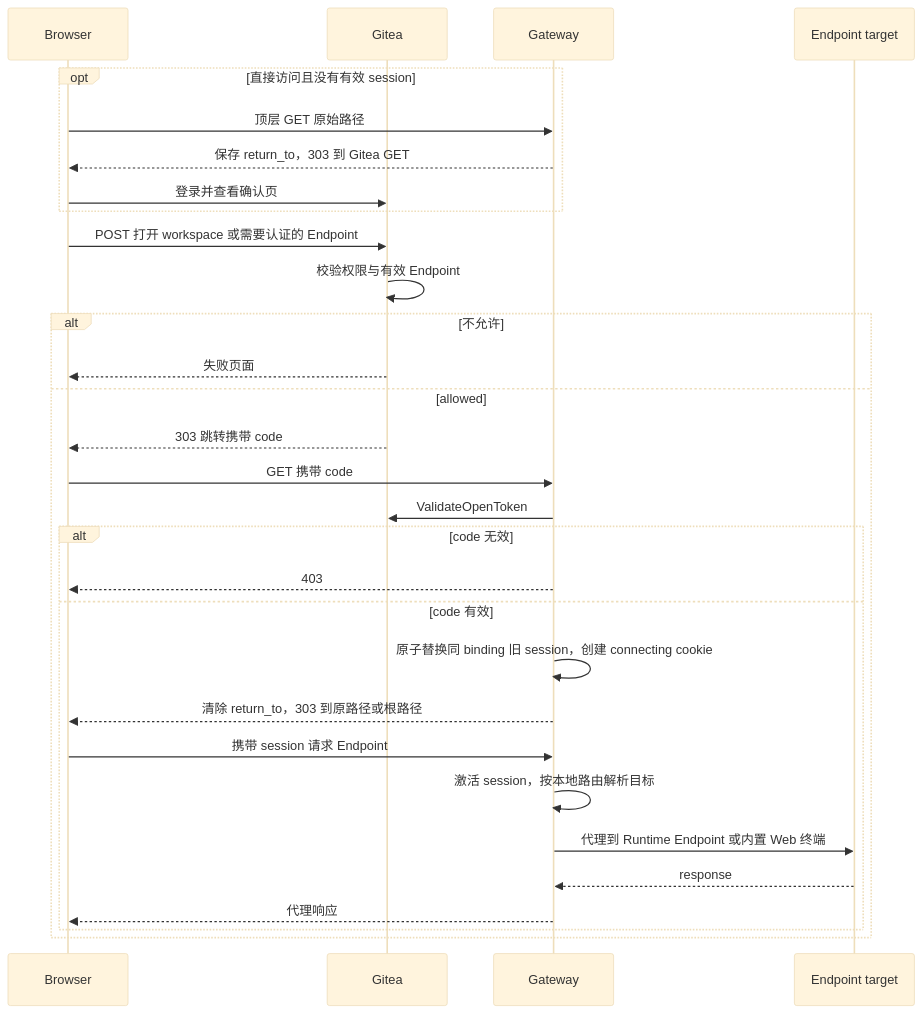
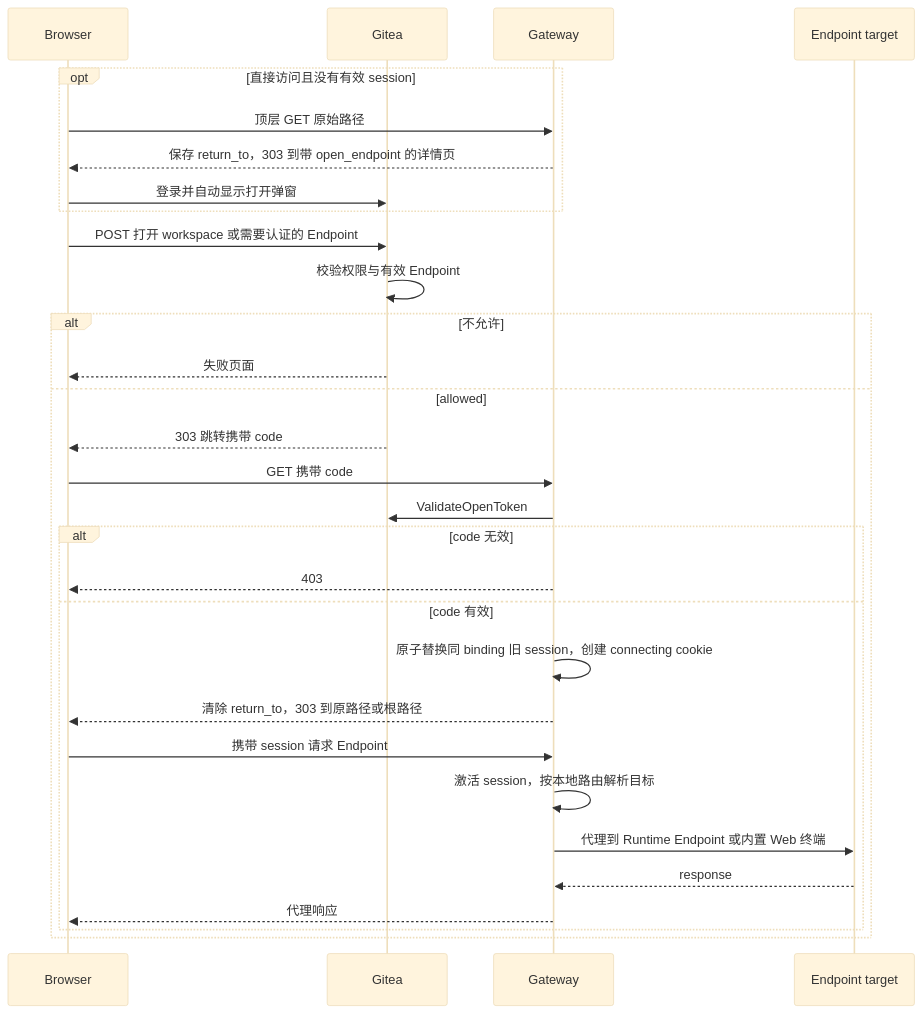
Before and after one commit to ExplodingDragon/gitea-dev: the second of 4 diagrams in src/manager-gateway.md, drawn with Mermaid (base theme). The commit also changed other lines of this file and 5 other files, not shown here.

````diff
--- a/src/manager-gateway.md
+++ b/src/manager-gateway.md
@@ -1028,33 +1038,33 @@
 ```mermaid
 sequenceDiagram
     participant U as Browser
     participant G as Gitea
     participant W as Gateway
     participant T as Endpoint target
 
     opt 直接访问且没有有效 session
         U->>W: 顶层 GET 原始路径
-        W-->>U: 保存 return_to，303 到 Gitea GET
-        U->>G: 登录并查看确认页
+        W-->>U: 保存 return_to，303 到带 open_endpoint 的详情页
+        U->>G: 登录并自动显示打开弹窗
     end
     U->>G: POST 打开 workspace 或需要认证的 Endpoint
     G->>G: 校验权限与有效 Endpoint
     alt 不允许
         G-->>U: 失败页面
     else allowed
         G-->>U: 303 跳转携带 code
         U->>W: GET 携带 code
         W->>G: ValidateOpenToken
         alt code 无效
             W-->>U: 403
         else code 有效
             W->>W: 原子替换同 binding 旧 session，创建 connecting cookie
             W-->>U: 清除 return_to，303 到原路径或根路径
             U->>W: 携带 session 请求 Endpoint
             W->>W: 激活 session，按本地路由解析目标
             W->>T: 代理到 Runtime Endpoint 或内置 Web 终端
             T-->>W: response
             W-->>U: 代理响应
         end
     end
 ```
````
